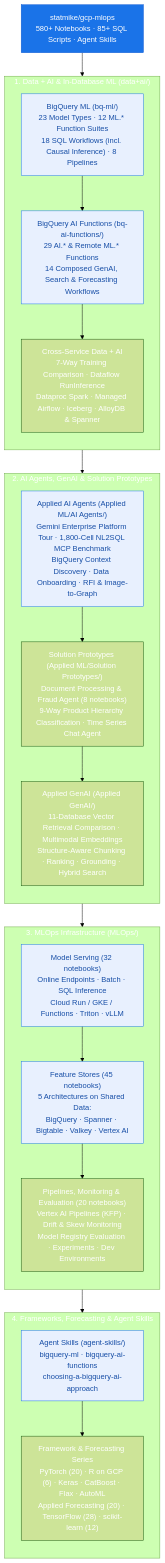
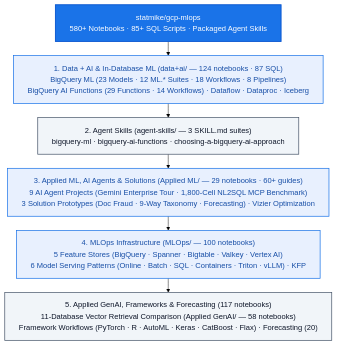
Before and after one commit to statmike/gcp-mlops: the diagram in readme.md, drawn with Mermaid (forest theme). The commit also changed other lines of this file and 5 other files, not shown here.

Commit message:
docs: update Gemini Enterprise naming lineage and fix Mermaid contrast/wrapping across all 6 diagrams

````diff
--- a/readme.md
+++ b/readme.md
@@ -56,45 +56,24 @@
 ```mermaid
+%%{init: {'flowchart': {'wrappingWidth': 650, 'nodeSpacing': 25, 'rankSpacing': 30}}}%%
 flowchart TD
-    Start["statmike/gcp-mlops<br/>580+ Notebooks · 85+ SQL Scripts · Agent Skills"]
+    Start["statmike/gcp-mlops<br/>580+ Notebooks · 85+ SQL Scripts · Packaged Agent Skills"]
 
-    subgraph Layer1["1. Data + AI & In-Database ML (data+ai/)"]
-        direction TB
-        BQML["BigQuery ML (bq-ml/)<br/>23 Model Types · 12 ML.* Function Suites<br/>18 SQL Workflows (incl. Causal Inference) · 8 Pipelines"]
-        BQAI["BigQuery AI Functions (bq-ai-functions/)<br/>29 AI.* & Remote ML.* Functions<br/>14 Composed GenAI, Search & Forecasting Workflows"]
-        DataServices["Cross-Service Data + AI<br/>7-Way Training Comparison · Dataflow RunInference<br/>Dataproc Spark · Managed Airflow · Iceberg · AlloyDB & Spanner"]
-        BQML --> BQAI --> DataServices
-    end
+    P1["1. Data + AI & In-Database ML (data+ai/ — 124 notebooks · 87 SQL)<br/>BigQuery ML (23 Models · 12 ML.* Suites · 18 Workflows · 8 Pipelines)<br/>BigQuery AI Functions (29 Functions · 14 Workflows) · Dataflow · Dataproc · Iceberg"]
 
-    subgraph Layer2["2. AI Agents, GenAI & Solution Prototypes"]
-        direction TB
-        Agents["Applied AI Agents (Applied ML/AI Agents/)<br/>Gemini Enterprise Platform Tour · 1,800-Cell NL2SQL MCP Benchmark<br/>BigQuery Context Discovery · Data Onboarding · RFI & Image-to-Graph"]
-        Solutions["Solution Prototypes (Applied ML/Solution Prototypes/)<br/>Document Processing & Fraud Agent (8 notebooks)<br/>9-Way Product Hierarchy Classification · Time Series Chat Agent"]
-        GenAI["Applied GenAI (Applied GenAI/)<br/>11-Database Vector Retrieval Comparison · Multimodal Embeddings<br/>Structure-Aware Chunking · Ranking · Grounding · Hybrid Search"]
-        Agents --> Solutions --> GenAI
-    end
+    P2["2. Agent Skills (agent-skills/ — 3 SKILL.md suites)<br/>bigquery-ml · bigquery-ai-functions · choosing-a-bigquery-ai-approach"]
 
-    subgraph Layer3["3. MLOps Infrastructure (MLOps/)"]
-        direction TB
-        Serving["Model Serving (32 notebooks)<br/>Online Endpoints · Batch · SQL Inference<br/>Cloud Run / GKE / Functions · Triton · vLLM"]
-        FeatureStore["Feature Stores (45 notebooks)<br/>5 Architectures on Shared Data:<br/>BigQuery · Spanner · Bigtable · Valkey · Vertex AI"]
-        Pipelines["Pipelines, Monitoring & Evaluation (20 notebooks)<br/>Vertex AI Pipelines (KFP) · Drift & Skew Monitoring<br/>Model Registry Evaluation · Experiments · Dev Environments"]
-        Serving --> FeatureStore --> Pipelines
-    end
+    P3["3. Applied ML, AI Agents & Solutions (Applied ML/ — 29 notebooks · 60+ guides)<br/>9 AI Agent Projects (Gemini Enterprise Tour · 1,800-Cell NL2SQL MCP Benchmark)<br/>3 Solution Prototypes (Doc Fraud · 9-Way Taxonomy · Forecasting) · Vizier Optimization"]
 
-    subgraph Layer4["4. Frameworks, Forecasting & Agent Skills"]
-        direction TB
-        Skills["Agent Skills (agent-skills/)<br/>bigquery-ml · bigquery-ai-functions<br/>choosing-a-bigquery-ai-approach"]
-        Frameworks["Framework & Forecasting Series<br/>PyTorch (20) · R on GCP (6) · Keras · CatBoost · Flax · AutoML<br/>Applied Forecasting (20) · TensorFlow (28) · scikit-learn (12)"]
-        Skills --> Frameworks
-    end
+    P4["4. MLOps Infrastructure (MLOps/ — 100 notebooks)<br/>5 Feature Stores (BigQuery · Spanner · Bigtable · Valkey · Vertex AI)<br/>6 Model Serving Patterns (Online · Batch · SQL · Containers · Triton · vLLM) · KFP"]
 
-    Start --> Layer1
-    Layer1 --> Layer2
-    Layer2 --> Layer3
-    Layer3 --> Layer4
+    P5["5. Applied GenAI, Frameworks & Forecasting (117 notebooks)<br/>11-Database Vector Retrieval Comparison (Applied GenAI/ — 58 notebooks)<br/>Framework Workflows (PyTorch · R · AutoML · Keras · CatBoost · Flax) · Forecasting (20)"]
 
-    classDef root fill:#1a73e8,stroke:#0b57d0,color:#fff
-    classDef highlight fill:#e8f0fe,stroke:#1a73e8,color:#174ea6
+    Start --> P1 --> P2 --> P3 --> P4 --> P5
+
+    classDef root fill:#1a73e8,stroke:#0b57d0,stroke-width:2px,color:#ffffff
+    classDef primary fill:#e8f0fe,stroke:#1a73e8,stroke-width:1.5px,color:#174ea6
+    classDef secondary fill:#f1f5f9,stroke:#475569,stroke-width:1.5px,color:#0f172a
     class Start root
-    class BQML,BQAI,Agents,Serving,FeatureStore,Skills highlight
+    class P1,P3,P4 primary
+    class P2,P5 secondary
 ```
````
